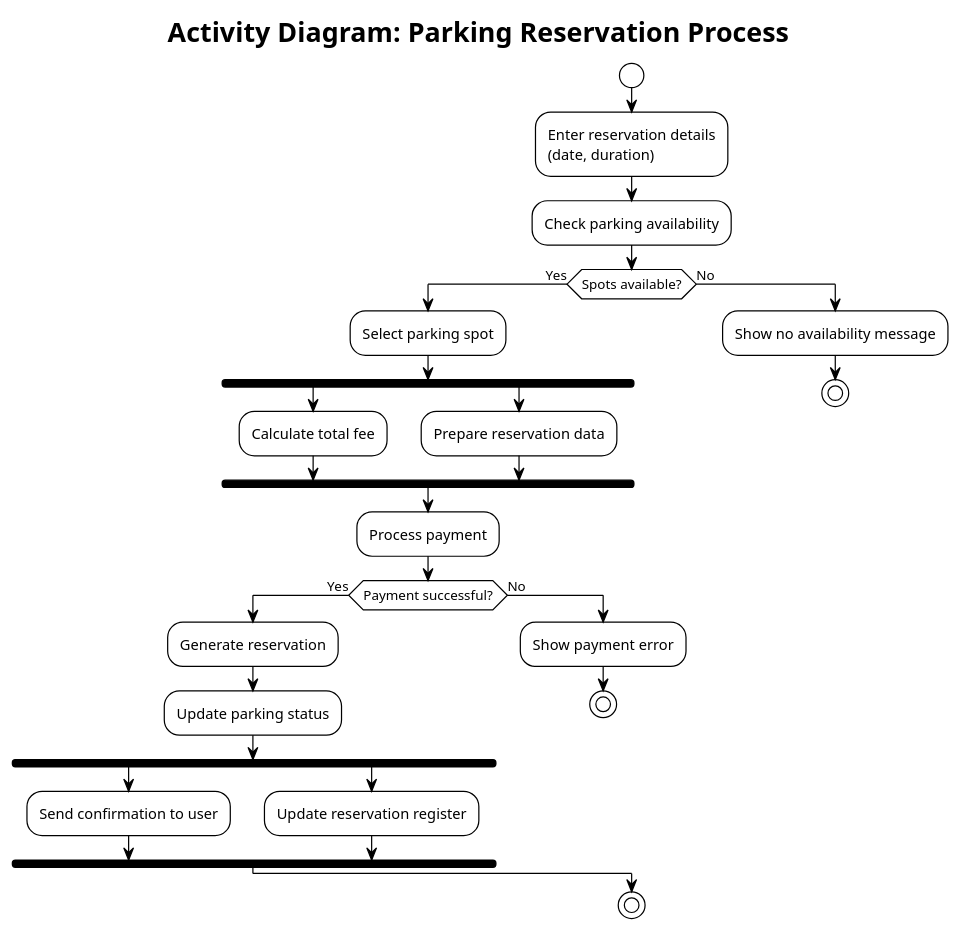
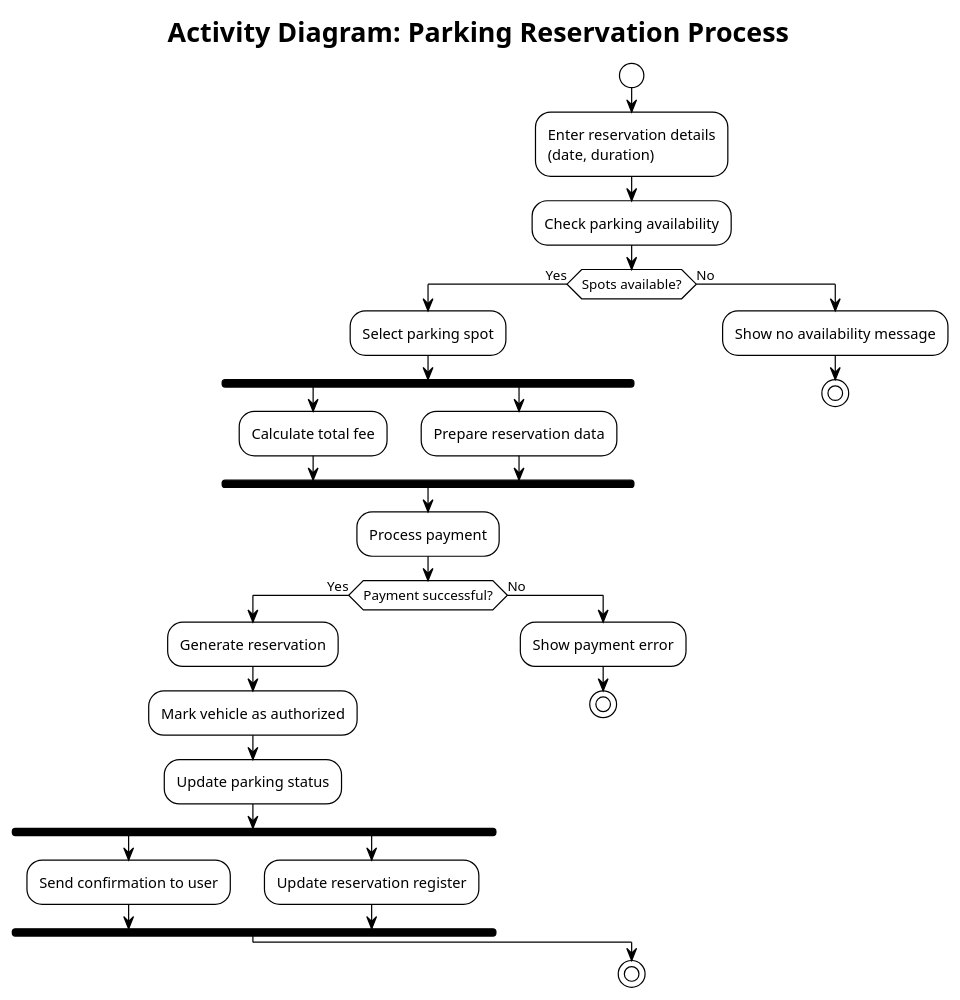
One commit to khalidalmahasnah/Software-Project-25-26 changed the diagram in uml/activity_reservation.puml. Above: the diagram before and after it, drawn with PlantUML. The commit also changed other lines of this file, not shown here.

```diff
--- a/uml/activity_reservation.puml
+++ b/uml/activity_reservation.puml
@@ -1,46 +1,47 @@
 @startuml activity_reservation
 !theme plain
 title Activity Diagram: Parking Reservation Process
 
 start
 
 :Enter reservation details
 (date, duration);
 
 :Check parking availability;
 
 if (Spots available?) then (Yes)
 
   :Select parking spot;
 
   fork
     :Calculate total fee;
   fork again
     :Prepare reservation data;
   end fork
 
   :Process payment;
 
   if (Payment successful?) then (Yes)
 
     :Generate reservation;
+    :Mark vehicle as authorized;
     :Update parking status;
 
     fork
       :Send confirmation to user;
     fork again
       :Update reservation register;
     end fork
 
   else (No)
     :Show payment error;
     stop
   endif
 
 else (No)
   :Show no availability message;
   stop
 endif
 
 stop
 @enduml
```
